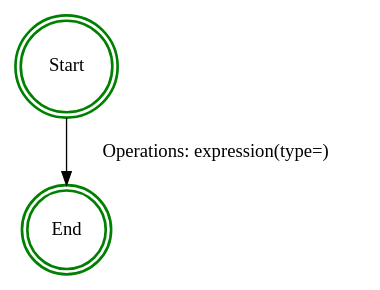
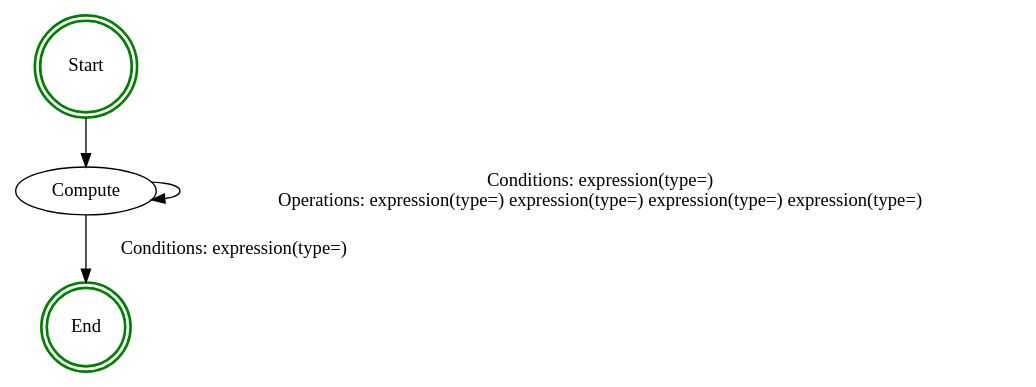
Before and after one commit to LiyuZer/Automa: the diagram in graph_sruct.dot, drawn with Graphviz. The commit also changed 9 other files, not shown here.

```diff
--- a/graph_sruct.dot
+++ b/graph_sruct.dot
@@ -1,5 +1,7 @@
 digraph G {
     "End" [shape=doublecircle, color=green, style=bold];
     "Start" [shape=doublecircle, color=green, style=bold];
-    "Start" -> "End" [label="Operations: expression(type=) "];
+    "Compute" -> "Compute" [label="Conditions: expression(type=) \nOperations: expression(type=) expression(type=) expression(type=) expression(type=) "];
+    "Compute" -> "End" [label="Conditions: expression(type=) "];
+    "Start" -> "Compute";
 }
```
